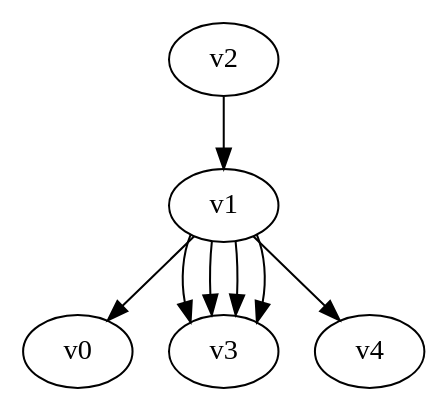
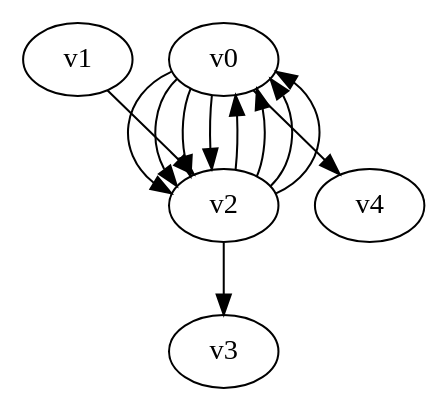
Before and after one commit to yadej/graph_project: the diagram in digraph.dot, drawn with Graphviz. The commit also changed 1 other file, not shown here.

```diff
--- a/digraph.dot
+++ b/digraph.dot
@@ -1,9 +1,13 @@
 digraph G { 
-v1 -> v0;
-v1 -> v3;
-v1 -> v3;
-v1 -> v3;
-v1 -> v3;
-v1 -> v4;
-v2 -> v1;
+v0 -> v2;
+v0 -> v2;
+v0 -> v2;
+v0 -> v2;
+v0 -> v4;
+v1 -> v2;
+v2 -> v0;
+v2 -> v0;
+v2 -> v0;
+v2 -> v0;
+v2 -> v3;
 }
```
